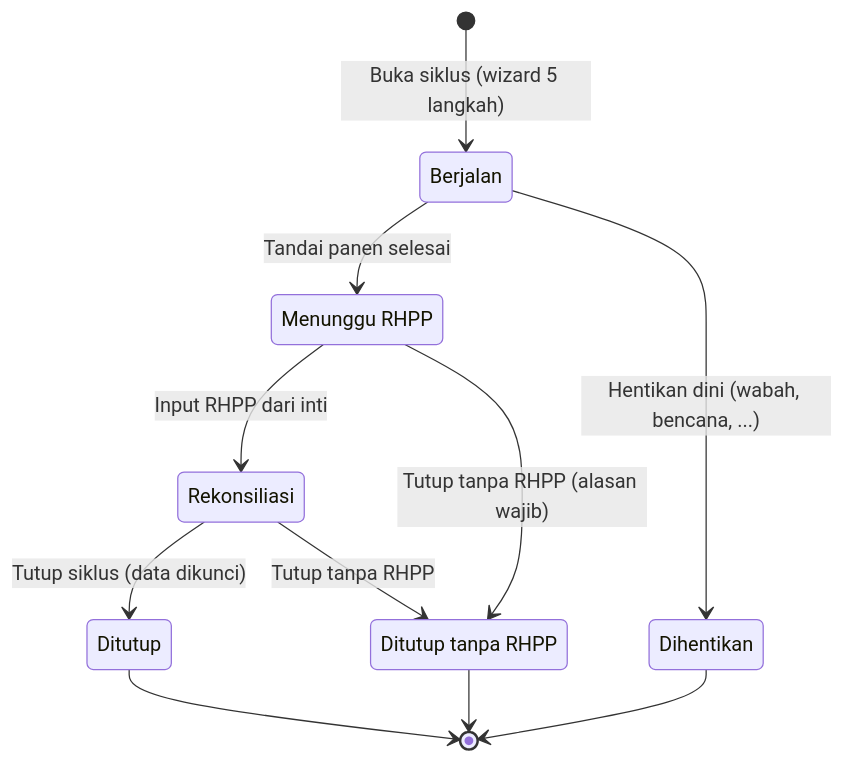
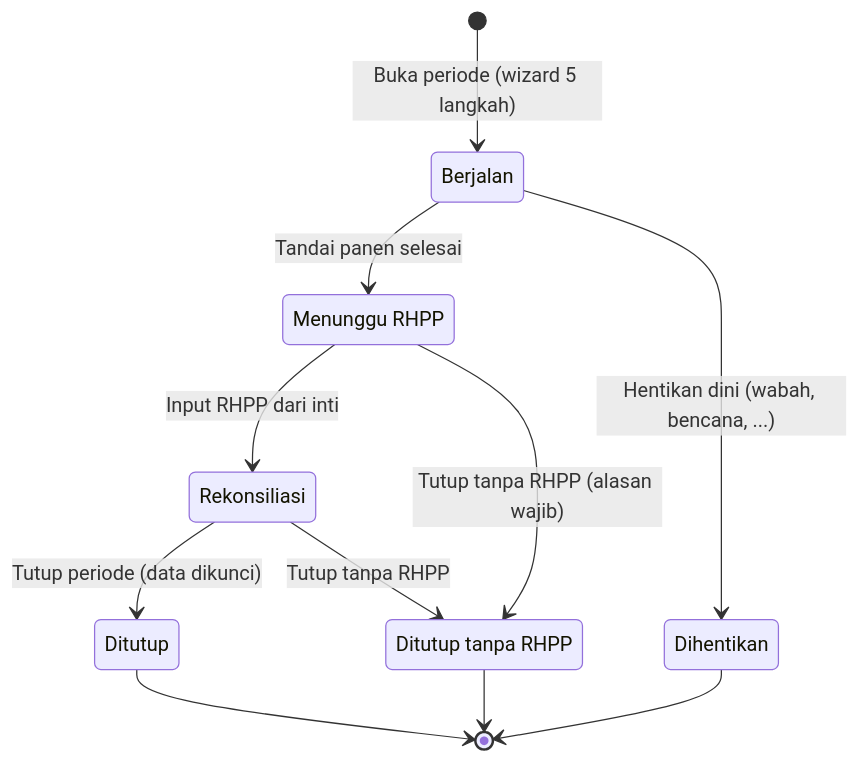
Before and after one commit to marquisccel/NOA: the first of 2 diagrams in docs/ALUR-SIKLUS.md, drawn with Mermaid. The commit also changed other lines of this file and 104 other files, not shown here.

````diff
--- a/docs/ALUR-SIKLUS.md
+++ b/docs/ALUR-SIKLUS.md
@@ -5,16 +5,16 @@
 ```mermaid
 stateDiagram-v2
-    [*] --> Berjalan: Buka siklus (wizard 5 langkah)
+    [*] --> Berjalan: Buka periode (wizard 5 langkah)
     Berjalan --> MenungguRHPP: Tandai panen selesai
     Berjalan --> Dihentikan: Hentikan dini (wabah, bencana, ...)
     MenungguRHPP --> Rekonsiliasi: Input RHPP dari inti
     MenungguRHPP --> DitutupTanpaRHPP: Tutup tanpa RHPP (alasan wajib)
-    Rekonsiliasi --> Ditutup: Tutup siklus (data dikunci)
+    Rekonsiliasi --> Ditutup: Tutup periode (data dikunci)
     Rekonsiliasi --> DitutupTanpaRHPP: Tutup tanpa RHPP
     Ditutup --> [*]
     DitutupTanpaRHPP --> [*]
     Dihentikan --> [*]
 
     state "Menunggu RHPP" as MenungguRHPP
     state "Ditutup tanpa RHPP" as DitutupTanpaRHPP
 ```
````
